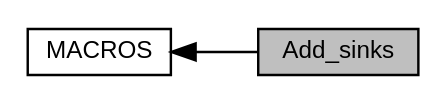
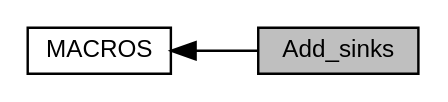
One commit to SolarFramework/solarframework.github.io changed the diagram in api_documentation/group___add__sinks.dot. Above: the diagram before and after it, drawn with Graphviz. The commit also changed 1012 other files, not shown here.

```diff
--- a/api_documentation/group___add__sinks.dot
+++ b/api_documentation/group___add__sinks.dot
@@ -1,9 +1,9 @@
 digraph "Add_sinks"
 {
   edge [fontname="Helvetica",fontsize="10",labelfontname="Helvetica",labelfontsize="10"];
-  node [fontname="Helvetica",fontsize="10",shape=record];
+  node [fontname="Helvetica",fontsize="10",shape=box];
   rankdir=LR;
-  Node1 [label="MACROS",height=0.2,width=0.4,color="black", fillcolor="white", style="filled",URL="$group___m_a_c_r_o_s.html"];
-  Node0 [label="Add_sinks",height=0.2,width=0.4,color="black", fillcolor="grey75", style="filled", fontcolor="black"];
-  Node1->Node0 [shape=plaintext, dir="back", style="solid"];
+  Node1 [label="Add_sinks",height=0.2,width=0.4,color="black", fillcolor="grey75", style="filled", fontcolor="black",tooltip=" "];
+  Node2 [label="MACROS",height=0.2,width=0.4,color="black", fillcolor="white", style="filled",URL="$group___m_a_c_r_o_s.html",tooltip=" "];
+  Node2->Node1 [shape=plaintext, dir="back", style="solid"];
 }
```
